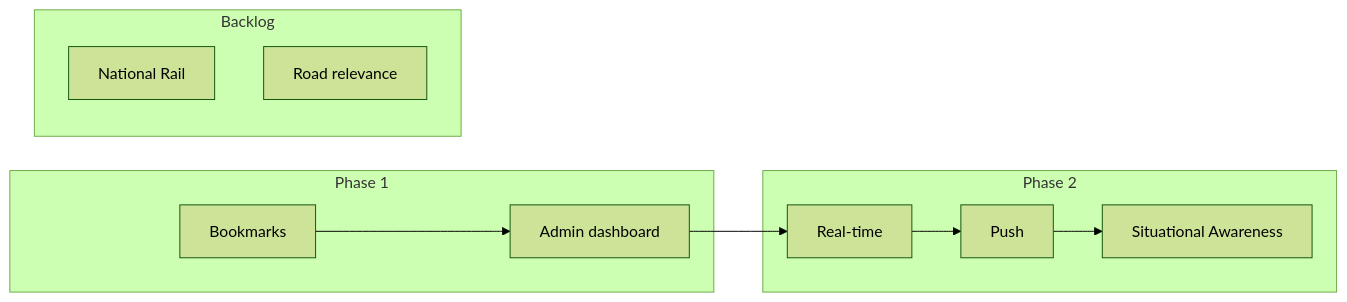
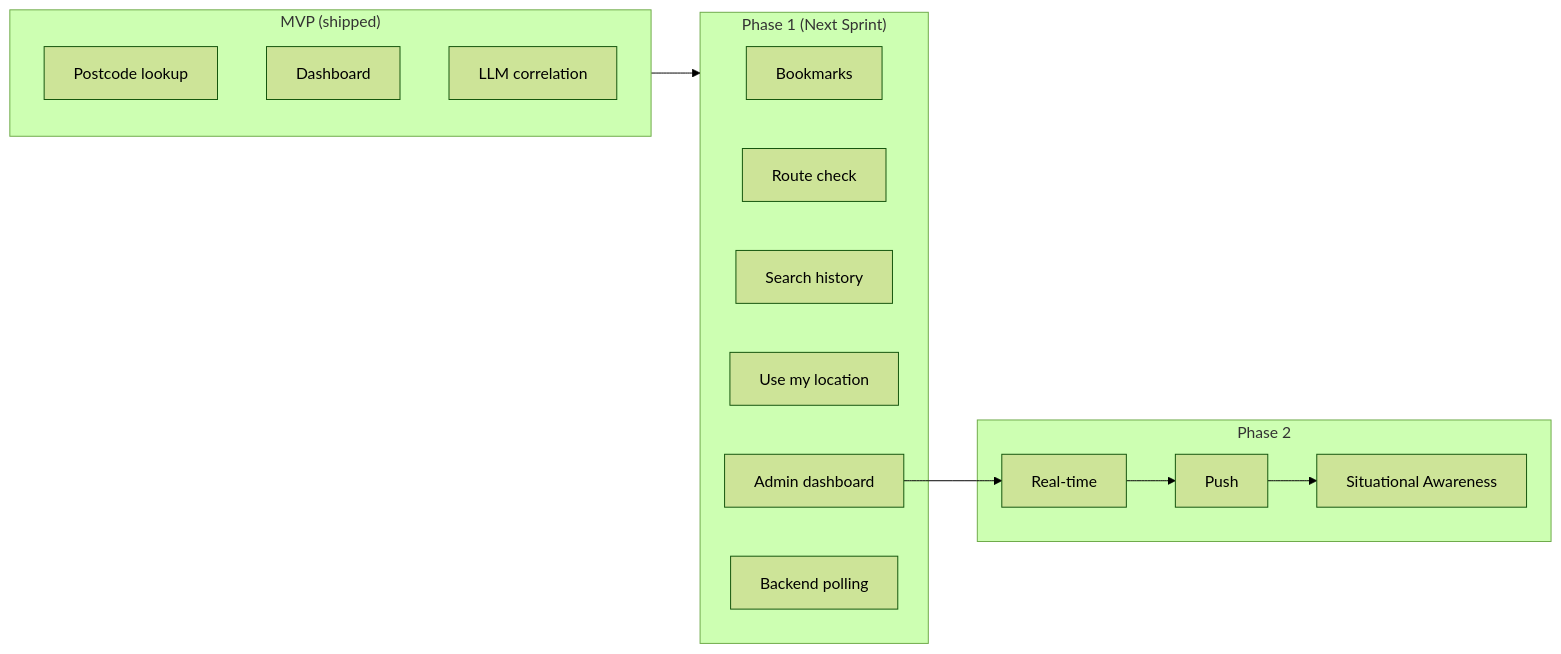
One commit to iammikek/floodwatch changed the diagram in docs/PLAN.md. Above: the diagram before and after it, drawn with Mermaid (forest theme). The commit also changed other lines of this file and 1 other file, not shown here.

Commit message:
Clarify MVP vs Phase 1, add route check, backend polling, cache keys, admin budget, QA section

````diff
--- a/docs/PLAN.md
+++ b/docs/PLAN.md
@@ -50,23 +65,28 @@
 ```mermaid
 flowchart LR
-    subgraph P1["Phase 1"]
+    subgraph MVP["MVP (shipped)"]
+        M1[Postcode lookup]
+        M2[Dashboard]
+        M3[LLM correlation]
+    end
+
+    subgraph P1["Phase 1 (Next Sprint)"]
         B1[Bookmarks]
+        RC[Route check]
+        SH[Search history]
+        GPS[Use my location]
         A1[Admin dashboard]
+        BP[Backend polling]
     end
 
     subgraph P2["Phase 2"]
         R1[Real-time]
         P2a[Push]
         SA[Situational Awareness]
     end
 
-    subgraph Backlog
-        Rail[National Rail]
-        Road[Road relevance]
-    end
-
-    B1 --> A1
+    MVP --> P1
     A1 --> R1
     R1 --> P2a
     P2a --> SA
 ```
````
